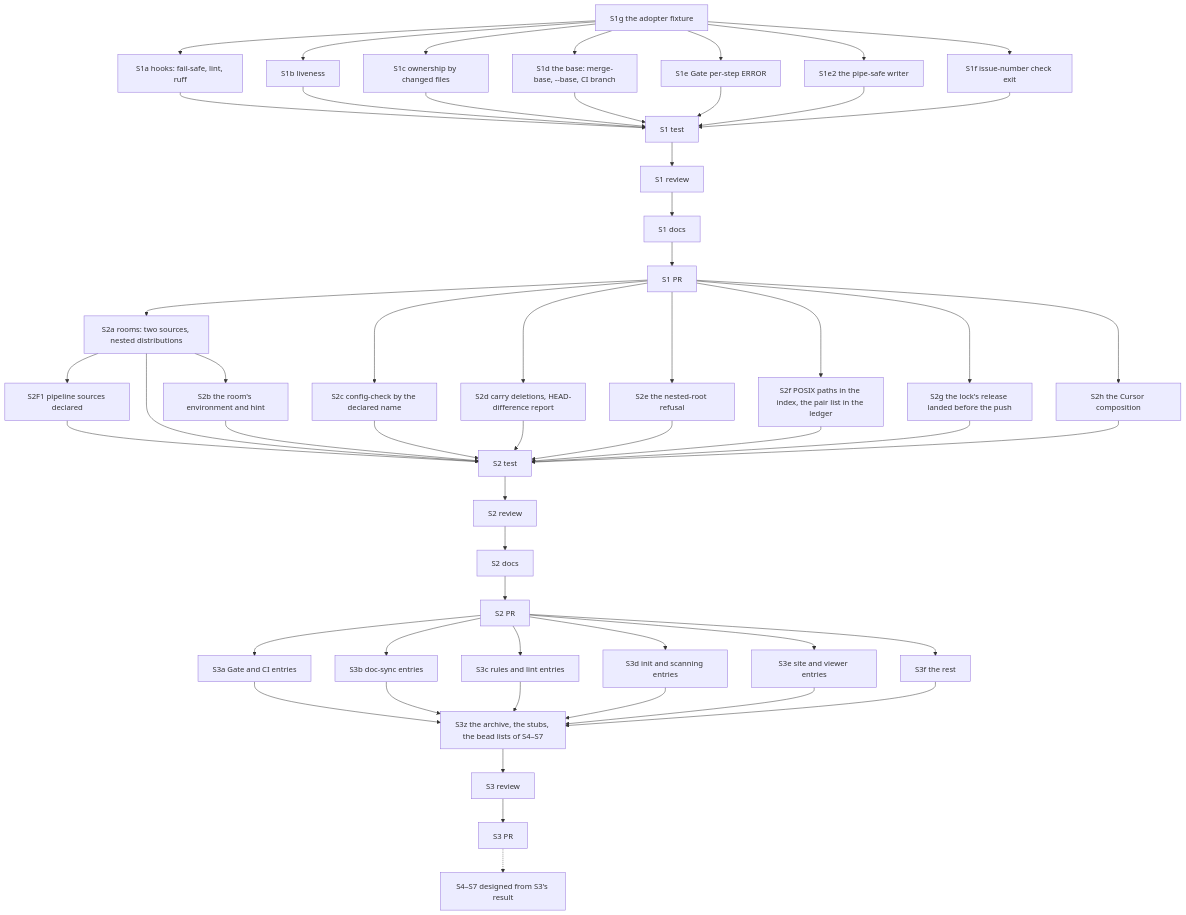
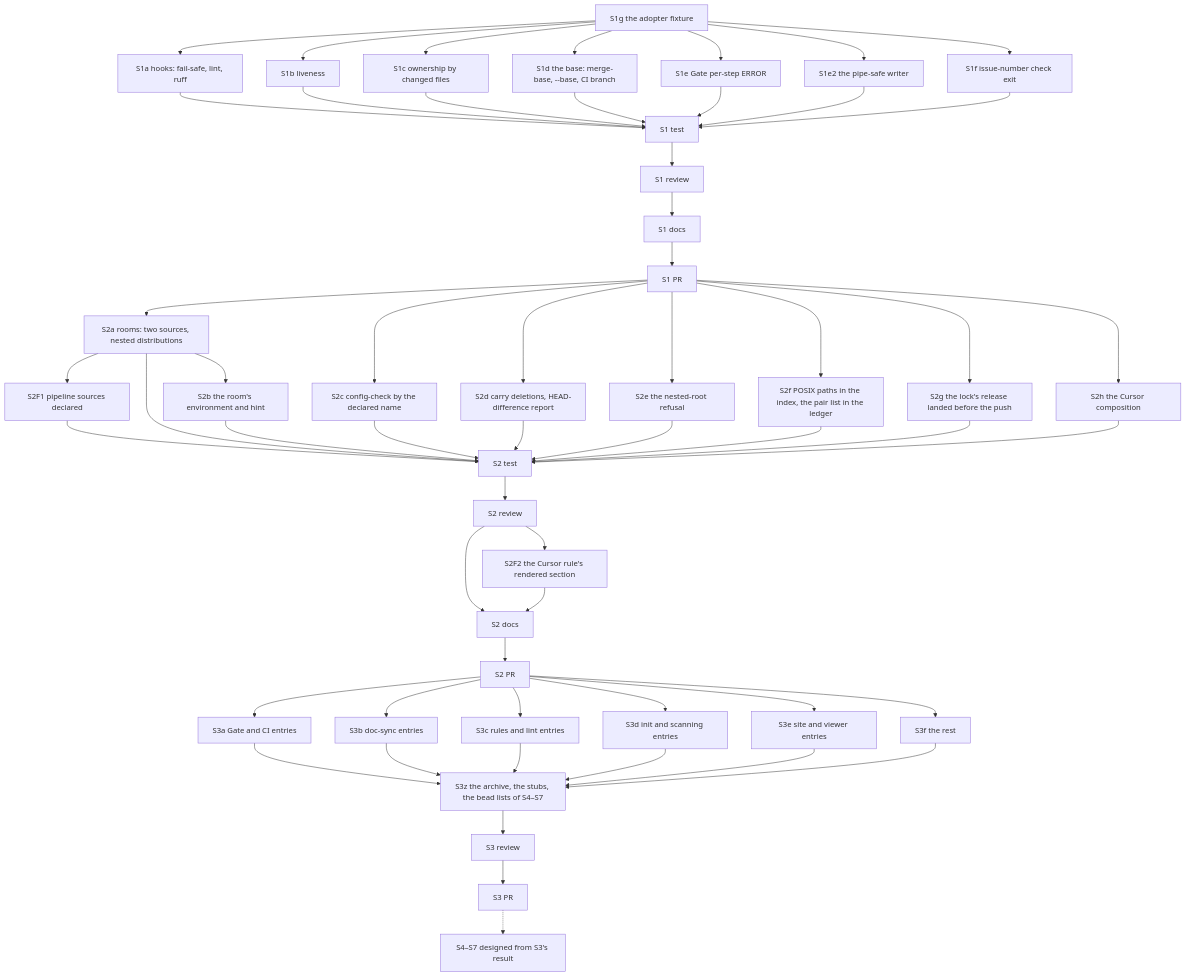
The diagram in .claude/development/docs/features/BDL-083/PLAN.md (zoologov/beadloom), drawn with Mermaid before and after one commit. The commit also changed other lines of this file and 2 other files, not shown here.

````diff
--- a/.claude/development/docs/features/BDL-083/PLAN.md
+++ b/.claude/development/docs/features/BDL-083/PLAN.md
@@ -17,51 +17,52 @@
 ```mermaid
 graph TD
     S1g[S1g the adopter fixture] --> S1a[S1a hooks: fail-safe, lint, ruff]
     S1g --> S1b[S1b liveness]
     S1g --> S1c[S1c ownership by changed files]
     S1g --> S1d[S1d the base: merge-base, --base, CI branch]
     S1g --> S1e[S1e Gate per-step ERROR]
     S1g --> S1e2[S1e2 the pipe-safe writer]
     S1g --> S1f[S1f issue-number check exit]
     S1a --> S1T[S1 test]
     S1b --> S1T
     S1c --> S1T
     S1d --> S1T
     S1e --> S1T
     S1e2 --> S1T
     S1f --> S1T
     S1T --> S1R[S1 review] --> S1W[S1 docs] --> S1P[S1 PR]
     S1P --> S2a[S2a rooms: two sources, nested distributions]
     S1P --> S2c[S2c config-check by the declared name]
     S1P --> S2d[S2d carry deletions, HEAD-difference report]
     S1P --> S2e[S2e the nested-root refusal]
     S1P --> S2f[S2f POSIX paths in the index, the pair list in the ledger]
     S1P --> S2g[S2g the lock's release landed before the push]
     S2a --> S2b[S2b the room's environment and hint]
     S2a --> S2F1[S2F1 pipeline sources declared]
     S2F1 --> S2T[S2 test]
     S2a --> S2T
     S2b --> S2T
     S2c --> S2T
     S2d --> S2T
     S2e --> S2T
     S2f --> S2T
     S2g --> S2T
     S1P --> S2h[S2h the Cursor composition]
     S2h --> S2T
     S2T --> S2R[S2 review] --> S2W[S2 docs] --> S2P[S2 PR]
+    S2R --> S2F2[S2F2 the Cursor rule's rendered section] --> S2W
     S2P --> S3a[S3a Gate and CI entries]
     S2P --> S3b[S3b doc-sync entries]
     S2P --> S3c[S3c rules and lint entries]
     S2P --> S3d[S3d init and scanning entries]
     S2P --> S3e[S3e site and viewer entries]
     S2P --> S3f[S3f the rest]
     S3a --> S3z[S3z the archive, the stubs, the bead lists of S4–S7]
     S3b --> S3z
     S3c --> S3z
     S3d --> S3z
     S3e --> S3z
     S3f --> S3z
     S3z --> S3R[S3 review] --> S3P[S3 PR]
     S3P -.-> S4[S4–S7 designed from S3's result]
 ```
````
